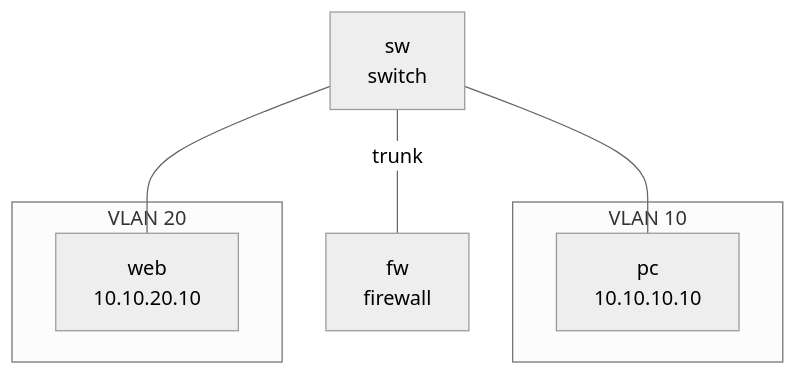
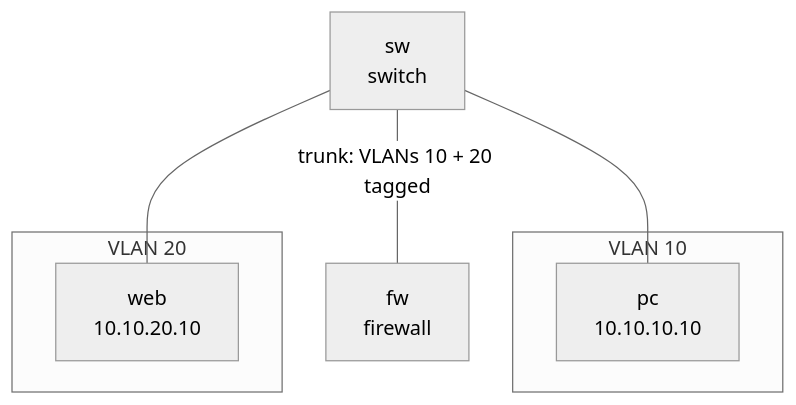
One commit to fiddler110/Topiary changed the seventh of 11 diagrams in workshops/netlab-ansible/content/slides/presentation.md. Above: the diagram before and after it, drawn with Mermaid (neutral theme). The commit also changed other lines of this file and 107 other files, not shown here.

```diff
--- a/workshops/netlab-ansible/content/slides/presentation.md
+++ b/workshops/netlab-ansible/content/slides/presentation.md
@@ -855,13 +954,13 @@
-<div class="mermaid">
+<div class="mermaid short">
 flowchart TB
   sw["sw<br/>switch"]
   subgraph v10["VLAN 10"]
     pc["pc<br/>10.10.10.10"]
   end
   subgraph v20["VLAN 20"]
     web["web<br/>10.10.20.10"]
   end
   sw --- pc
   sw --- web
-  sw -- "trunk" --- fw["fw<br/>firewall"]
+  sw -- "trunk: VLANs 10 + 20 tagged" --- fw["fw<br/>firewall"]
 </div>
```
